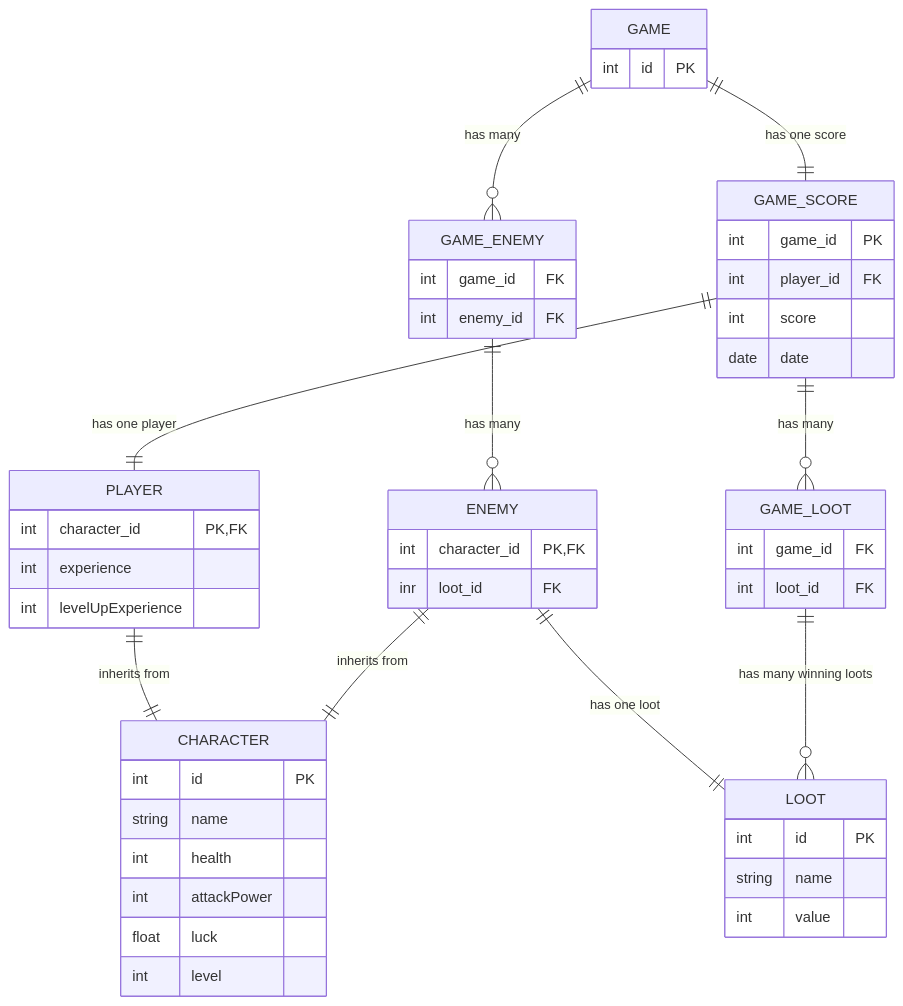
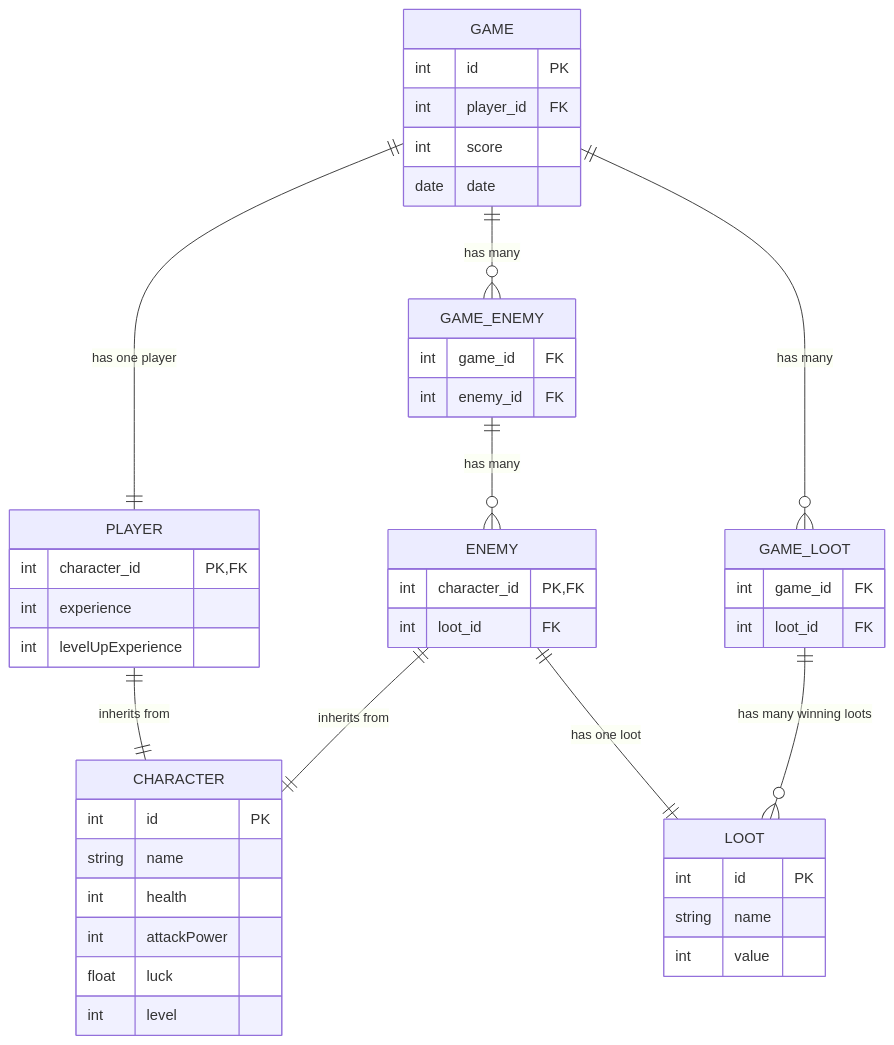
Before and after one commit to igavriel/react-rpg-game: the diagram in README.md, drawn with Mermaid. The commit also changed 8 other files, not shown here.

````diff
--- a/README.md
+++ b/README.md
@@ -88,60 +88,56 @@
 ```mermaid
 erDiagram
     CHARACTER {
         int id PK
         string name
         int health
         int attackPower
         float luck
         int level
     }
     
     PLAYER {
         int character_id PK, FK
         int experience
         int levelUpExperience
     }
     
     ENEMY {
         int character_id PK, FK
-        inr loot_id FK
+        int loot_id FK
     }
     
     LOOT {
         int id PK
         string name
         int value
     }
     
     GAME {
         int id PK
+        int player_id FK
+        int score
+        date date
     }
 
     GAME_ENEMY {
         int game_id FK
         int enemy_id FK
-    }
-
-    GAME_SCORE {
-        int game_id PK
-        int player_id FK
-        int score
-        date date
     }
 
     GAME_LOOT {
         int game_id FK
         int loot_id FK
     }
 
     PLAYER ||--|| CHARACTER : "inherits from"
     ENEMY ||--|| CHARACTER : "inherits from"
     ENEMY ||--|| LOOT : "has one loot"
 
-    GAME ||--|| GAME_SCORE : "has one score"
     GAME ||--o{ GAME_ENEMY : "has many"
     GAME_ENEMY ||--o{ ENEMY : "has many"
-    GAME_SCORE ||--|| PLAYER : "has one player"
-    GAME_SCORE ||--o{ GAME_LOOT : "has many"
+
+    GAME ||--|| PLAYER : "has one player"
+    GAME ||--o{ GAME_LOOT : "has many"
     GAME_LOOT ||--o{ LOOT : "has many winning loots"
 ```
````
